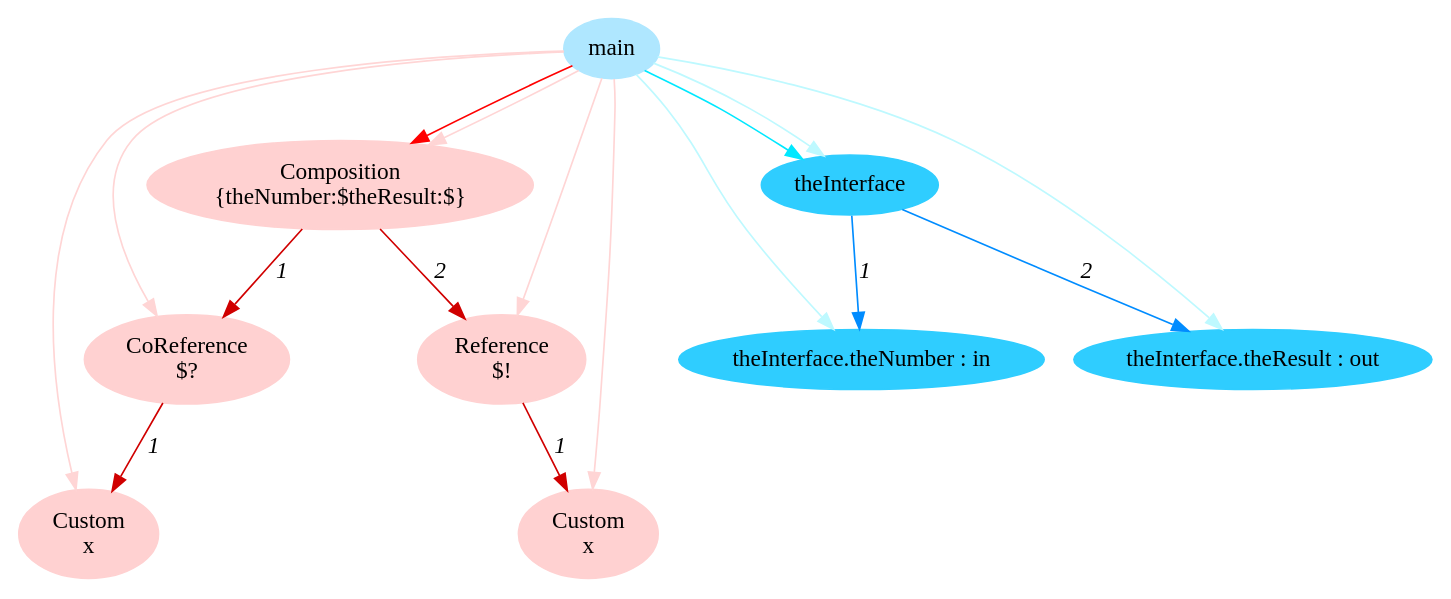
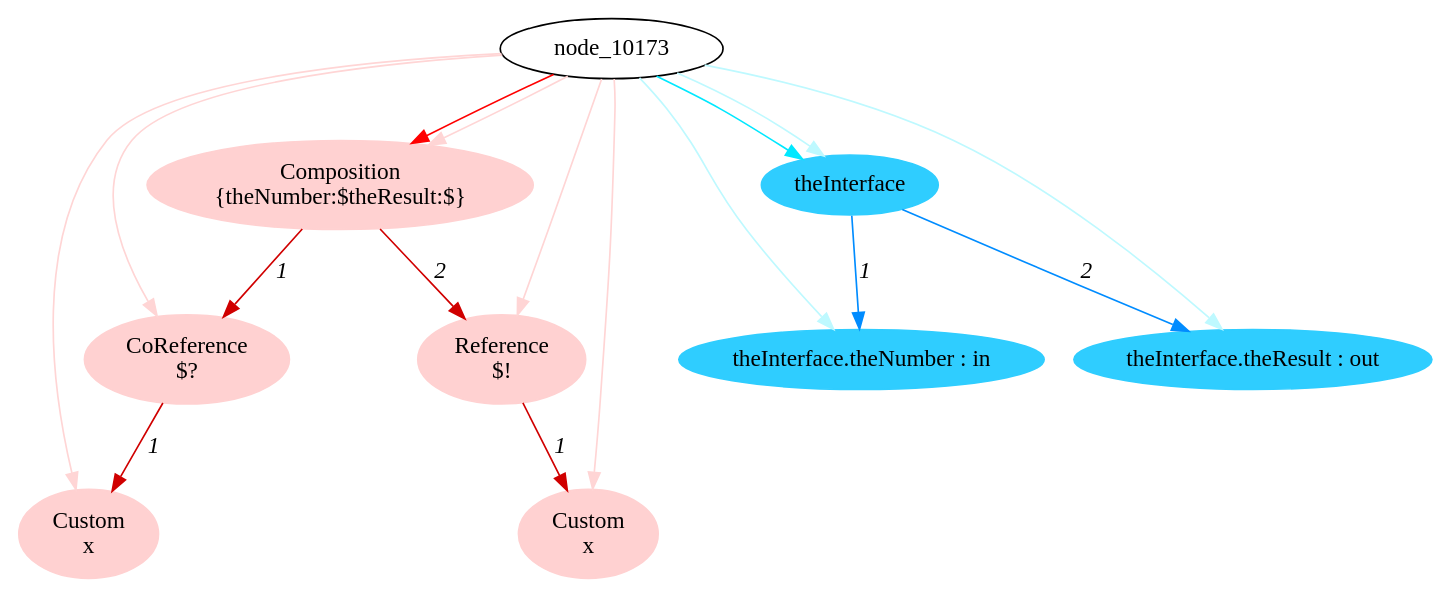
Before and after one commit to crubier/lidl: the diagram in lidl-core/example/ok/simple/dot/2addOperatorTypeAnnotation1.dot, drawn with Graphviz. The commit also changed 603 other files, not shown here.

```diff
--- a/lidl-core/example/ok/simple/dot/2addOperatorTypeAnnotation1.dot
+++ b/lidl-core/example/ok/simple/dot/2addOperatorTypeAnnotation1.dot
@@ -1,31 +1,30 @@
 digraph g{node_10183 [shape="ellipse", style="filled", color="#ffd1d1", fontname="Times", label="Composition
 {theNumber:$theResult:$}" ]
 node_10185 [shape="ellipse", style="filled", color="#ffd1d1", fontname="Times", label="CoReference
 $?" ]
 node_10187 [shape="ellipse", style="filled", color="#ffd1d1", fontname="Times", label="Custom
 x" ]
 node_10190 [shape="ellipse", style="filled", color="#ffd1d1", fontname="Times", label="Reference
 $!" ]
 node_10192 [shape="ellipse", style="filled", color="#ffd1d1", fontname="Times", label="Custom
 x" ]
-node_10173 [shape="ellipse", style="filled", color="#afe7ff", fontname="Times", label="main" ]
 node_10174 [shape="ellipse", style="filled", color="#2fcdff", fontname="Times", label="theInterface" ]
 node_10175 [shape="ellipse", style="filled", color="#2fcdff", fontname="Times", label="theInterface.theNumber : in" ]
 node_10177 [shape="ellipse", style="filled", color="#2fcdff", fontname="Times", label="theInterface.theResult : out" ]
 node_10185 -> node_10187 [dir=forward, arrowHead=normal, fontname="Times-Italic", arrowsize=1, color="#d00000", label="1",  headlabel="", taillabel="" ]
 node_10190 -> node_10192 [dir=forward, arrowHead=normal, fontname="Times-Italic", arrowsize=1, color="#d00000", label="1",  headlabel="", taillabel="" ]
 node_10183 -> node_10185 [dir=forward, arrowHead=normal, fontname="Times-Italic", arrowsize=1, color="#d00000", label="1",  headlabel="", taillabel="" ]
 node_10183 -> node_10190 [dir=forward, arrowHead=normal, fontname="Times-Italic", arrowsize=1, color="#d00000", label="2",  headlabel="", taillabel="" ]
 node_10173 -> node_10183 [dir=forward, arrowHead=normal, fontname="Times-Italic", arrowsize=1, color="#ff0000", label="",  headlabel="", taillabel="" ]
 node_10173 -> node_10183 [dir=forward, arrowHead=normal, fontname="Times-Italic", arrowsize=1, color="#ffd5d5", label="",  headlabel="", taillabel="" ]
 node_10173 -> node_10185 [dir=forward, arrowHead=normal, fontname="Times-Italic", arrowsize=1, color="#ffd5d5", label="",  headlabel="", taillabel="" ]
 node_10173 -> node_10187 [dir=forward, arrowHead=normal, fontname="Times-Italic", arrowsize=1, color="#ffd5d5", label="",  headlabel="", taillabel="" ]
 node_10173 -> node_10190 [dir=forward, arrowHead=normal, fontname="Times-Italic", arrowsize=1, color="#ffd5d5", label="",  headlabel="", taillabel="" ]
 node_10173 -> node_10192 [dir=forward, arrowHead=normal, fontname="Times-Italic", arrowsize=1, color="#ffd5d5", label="",  headlabel="", taillabel="" ]
 node_10173 -> node_10174 [dir=forward, arrowHead=normal, fontname="Times-Italic", arrowsize=1, color="#00e8ff", label="",  headlabel="", taillabel="" ]
 node_10173 -> node_10175 [dir=forward, arrowHead=normal, fontname="Times-Italic", arrowsize=1, color="#bef9ff", label="",  headlabel="", taillabel="" ]
 node_10173 -> node_10177 [dir=forward, arrowHead=normal, fontname="Times-Italic", arrowsize=1, color="#bef9ff", label="",  headlabel="", taillabel="" ]
 node_10173 -> node_10174 [dir=forward, arrowHead=normal, fontname="Times-Italic", arrowsize=1, color="#bef9ff", label="",  headlabel="", taillabel="" ]
 node_10174 -> node_10175 [dir=forward, arrowHead=normal, fontname="Times-Italic", arrowsize=1, color="#008cff", label="1",  headlabel="", taillabel="" ]
 node_10174 -> node_10177 [dir=forward, arrowHead=normal, fontname="Times-Italic", arrowsize=1, color="#008cff", label="2",  headlabel="", taillabel="" ]
 }
```
